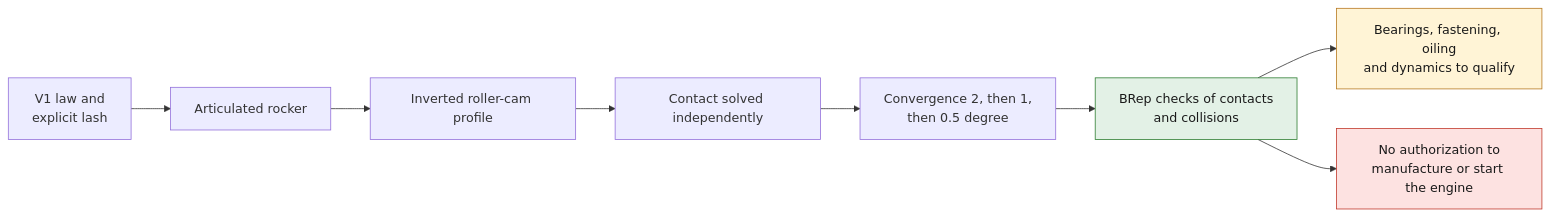
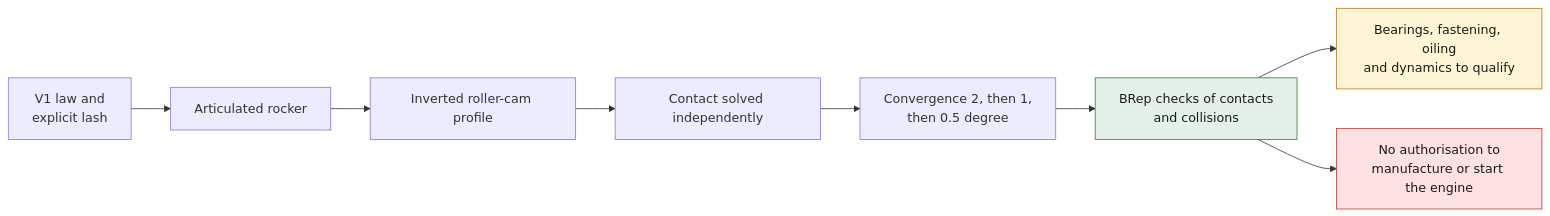
The diagram in docs/reports/M64_G5_ARTICULATED_ROCKERS_20260925.md (cluster2600/porscheparts), drawn with Mermaid before and after one commit. The commit also changed other lines of this file and 480 other files, not shown here.

````diff
--- a/docs/reports/M64_G5_ARTICULATED_ROCKERS_20260925.md
+++ b/docs/reports/M64_G5_ARTICULATED_ROCKERS_20260925.md
@@ -9,16 +9,16 @@
 ```mermaid
 flowchart LR
     A["V1 law and<br/>explicit lash"] --> B["Articulated rocker"]
     B --> C["Inverted roller-cam profile"]
     C --> D["Contact solved independently"]
     D --> E["Convergence 2, then 1,<br/>then 0.5 degree"]
     E --> F["BRep checks of contacts<br/>and collisions"]
     F --> G["Bearings, fastening, oiling<br/>and dynamics to qualify"]
-    F --> H["No authorization to<br/>manufacture or start the engine"]
+    F --> H["No authorisation to<br/>manufacture or start the engine"]
     classDef ok fill:#e3f1e6,stroke:#2e7d32,color:#1a1a1a;
     classDef open fill:#fff4d6,stroke:#b7791f,color:#1a1a1a;
     classDef stop fill:#fde2e1,stroke:#c0392b,color:#1a1a1a;
     class F ok;
     class G open;
     class H stop;
 ```
````
